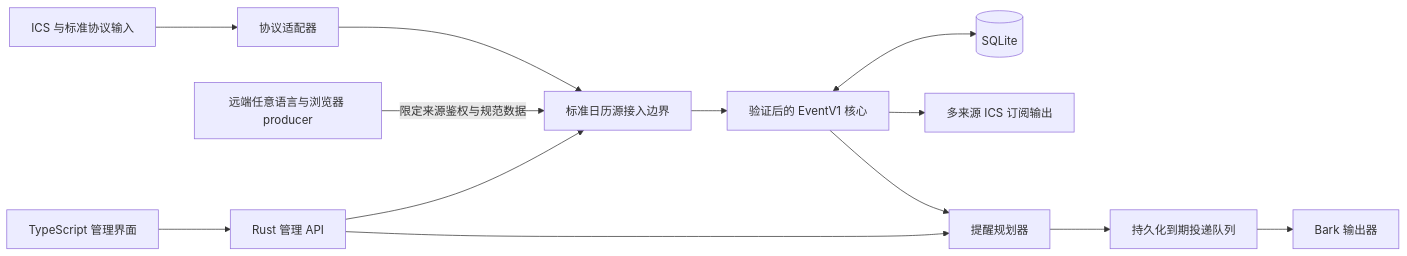
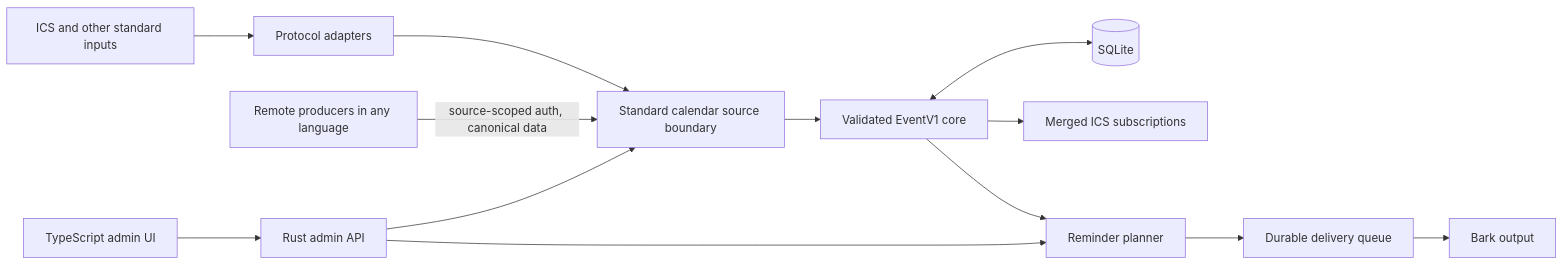
One commit to freesialuo/CalRelay changed the diagram in README.md. Above: the diagram before and after it, drawn with Mermaid. The commit also changed other lines of this file and 3 other files, not shown here.

````diff
--- a/README.md
+++ b/README.md
@@ -11,15 +25,15 @@
 ```mermaid
 flowchart LR
-    ICS[ICS 与标准协议输入] --> Adapter[协议适配器]
-    Adapter --> A[标准日历源接入边界]
-    Producer[远端任意语言与浏览器 producer] -->|限定来源鉴权与规范数据| A
-    A --> C[验证后的 EventV1 核心]
+    ICS[ICS and other standard inputs] --> Adapter[Protocol adapters]
+    Adapter --> A[Standard calendar source boundary]
+    Producer[Remote producers in any language] -->|source-scoped auth, canonical data| A
+    A --> C[Validated EventV1 core]
     C <--> DB[(SQLite)]
-    C --> F[多来源 ICS 订阅输出]
-    C --> P[提醒规划器]
-    P --> Q[持久化到期投递队列]
-    Q --> B[Bark 输出器]
-    UI[TypeScript 管理界面] --> ADM[Rust 管理 API]
+    C --> F[Merged ICS subscriptions]
+    C --> P[Reminder planner]
+    P --> Q[Durable delivery queue]
+    Q --> B[Bark output]
+    UI[TypeScript admin UI] --> ADM[Rust admin API]
     ADM --> A
     ADM --> P
 ```
````
